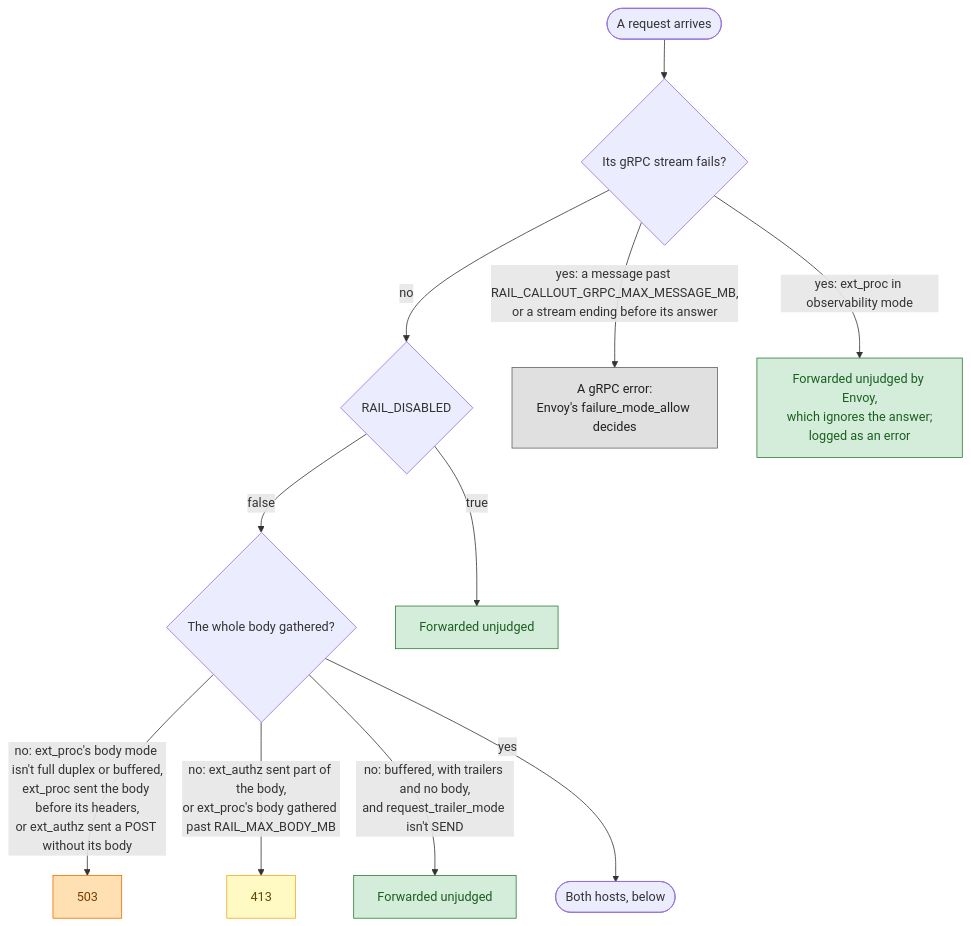
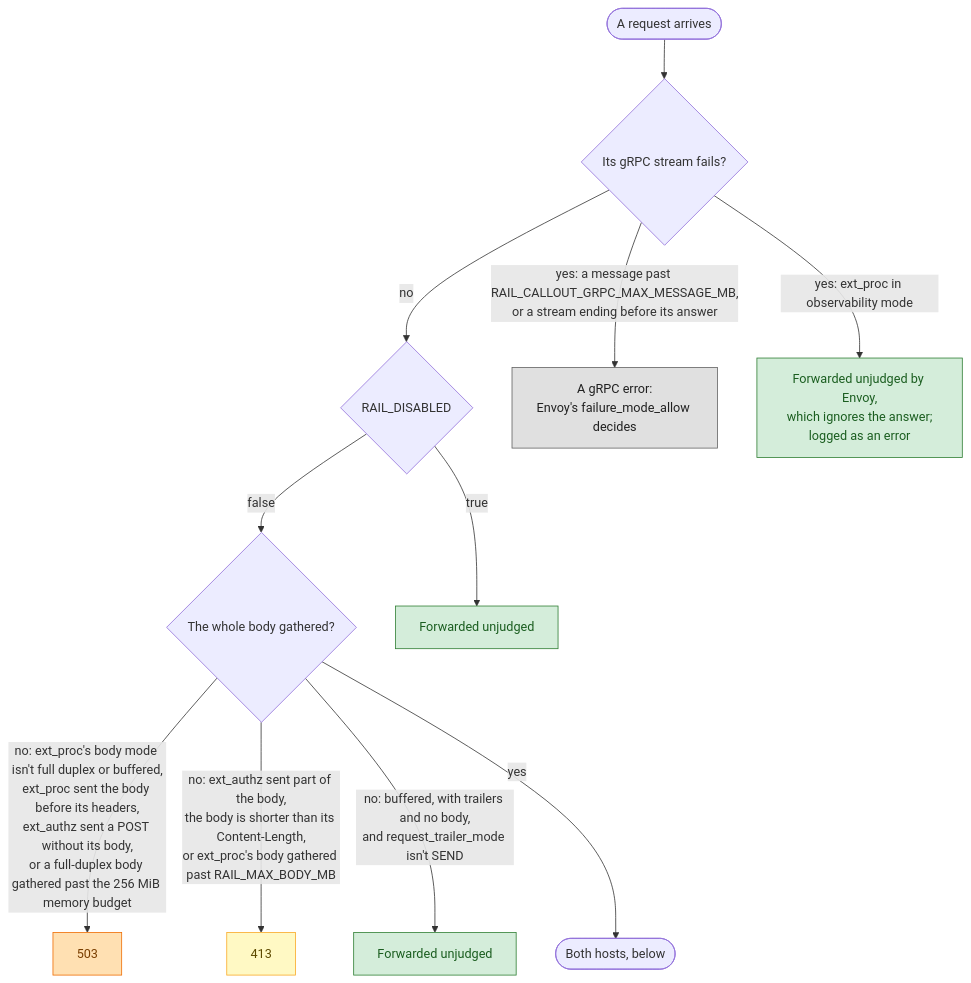
One commit to datrail/railguard changed the first of 4 diagrams in GATEWAY.md. Above: the diagram before and after it, drawn with Mermaid. The commit also changed other lines of this file and 3 other files, not shown here.

Commit message:
DR-319: the docs on the gateway's budget and its Content-Length check

````diff
--- a/GATEWAY.md
+++ b/GATEWAY.md
@@ -12,31 +12,31 @@
 ```mermaid
 flowchart TD
   arrive([A request arrives])
   grpc{"Its gRPC stream fails?"}
   disabled{RAIL_DISABLED}
   whole{"The whole body gathered?"}
   both([Both hosts, below])
   e1["A gRPC error:<br>Envoy's failure_mode_allow decides"]:::grpcError
   e2["Forwarded unjudged by Envoy,<br>which ignores the answer;<br>logged as an error"]:::forwarded
   f1[Forwarded unjudged]:::forwarded
   f2[Forwarded unjudged]:::forwarded
   r1[503]:::cannotApply
   r2[413]:::tooLarge
 
   arrive --> grpc
   grpc -->|"yes: a message past RAIL_CALLOUT_GRPC_MAX_MESSAGE_MB,<br>or a stream ending before its answer"| e1
   grpc -->|"yes: ext_proc in observability mode"| e2
   grpc -->|no| disabled
   disabled -->|true| f1
   disabled -->|false| whole
-  whole -->|"no: ext_proc's body mode isn't full duplex or buffered,<br>ext_proc sent the body before its headers,<br>or ext_authz sent a POST without its body"| r1
-  whole -->|"no: ext_authz sent part of the body,<br>or ext_proc's body gathered past RAIL_MAX_BODY_MB"| r2
+  whole -->|"no: ext_proc's body mode isn't full duplex or buffered,<br>ext_proc sent the body before its headers,<br>ext_authz sent a POST without its body,<br>or a full-duplex body gathered past the 256 MiB memory budget"| r1
+  whole -->|"no: ext_authz sent part of the body,<br>the body is shorter than its Content-Length,<br>or ext_proc's body gathered past RAIL_MAX_BODY_MB"| r2
   whole -->|"no: buffered, with trailers and no body,<br>and request_trailer_mode isn't SEND"| f2
   whole -->|yes| both
 
   classDef forwarded fill:#d4edda,stroke:#2e7d32,color:#1b5e20
   classDef denied fill:#f8d7da,stroke:#c62828,color:#7f0000
   classDef cannotApply fill:#ffe0b2,stroke:#ef6c00,color:#7a3e00
   classDef tooLarge fill:#fff9c4,stroke:#f9a825,color:#5d4a00
   classDef grpcError fill:#e0e0e0,stroke:#616161,color:#212121
 ```
````
